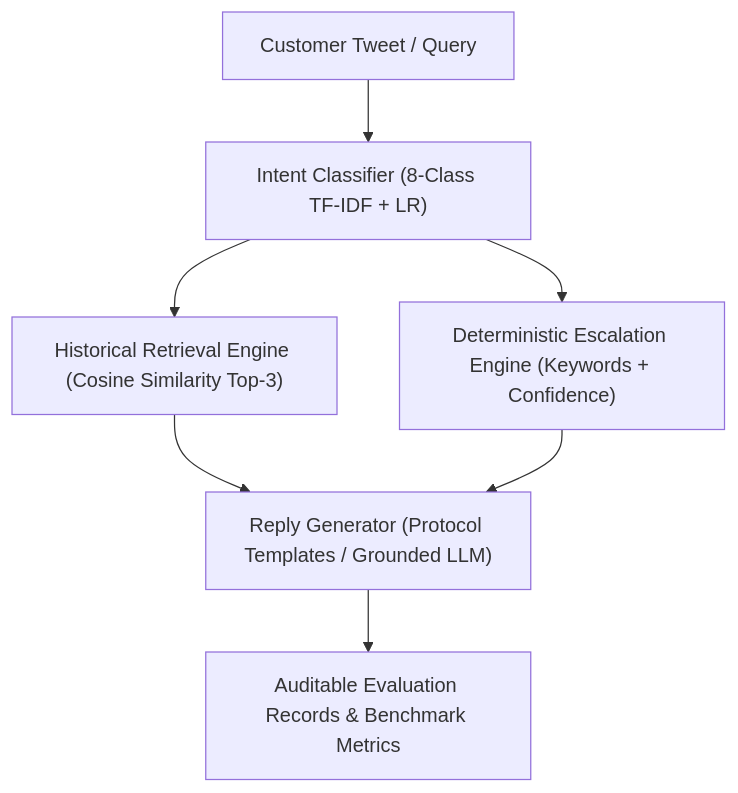
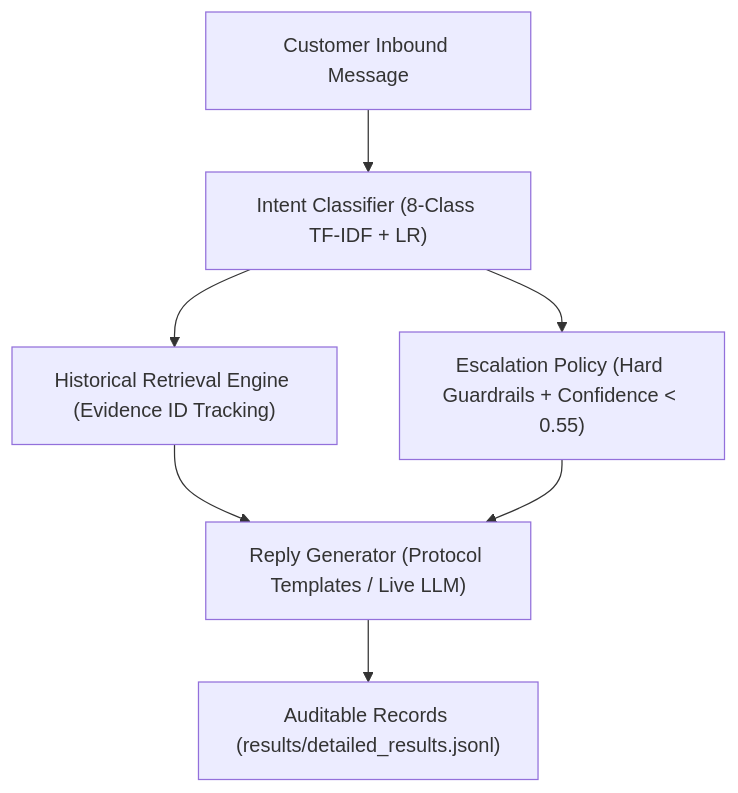
One commit to dvynshuu/hiver changed the diagram in REPORT.md. Above: the diagram before and after it, drawn with Mermaid. The commit also changed other lines of this file and 28 other files, not shown here.

````diff
--- a/REPORT.md
+++ b/REPORT.md
@@ -47,9 +64,9 @@
 ```mermaid
 flowchart TD
-    A["Customer Tweet / Query"] --> B["Intent Classifier (8-Class TF-IDF + LR)"]
-    B --> C["Historical Retrieval Engine (Cosine Similarity Top-3)"]
-    B --> D["Deterministic Escalation Engine (Keywords + Confidence)"]
-    C --> E["Reply Generator (Protocol Templates / Grounded LLM)"]
+    A["Customer Inbound Message"] --> B["Intent Classifier (8-Class TF-IDF + LR)"]
+    B --> C["Historical Retrieval Engine (Evidence ID Tracking)"]
+    B --> D["Escalation Policy (Hard Guardrails + Confidence < 0.55)"]
+    C --> E["Reply Generator (Protocol Templates / Live LLM)"]
     D --> E
-    E --> F["Auditable Evaluation Records & Benchmark Metrics"]
+    E --> F["Auditable Records (results/detailed_results.jsonl)"]
 ```
````
